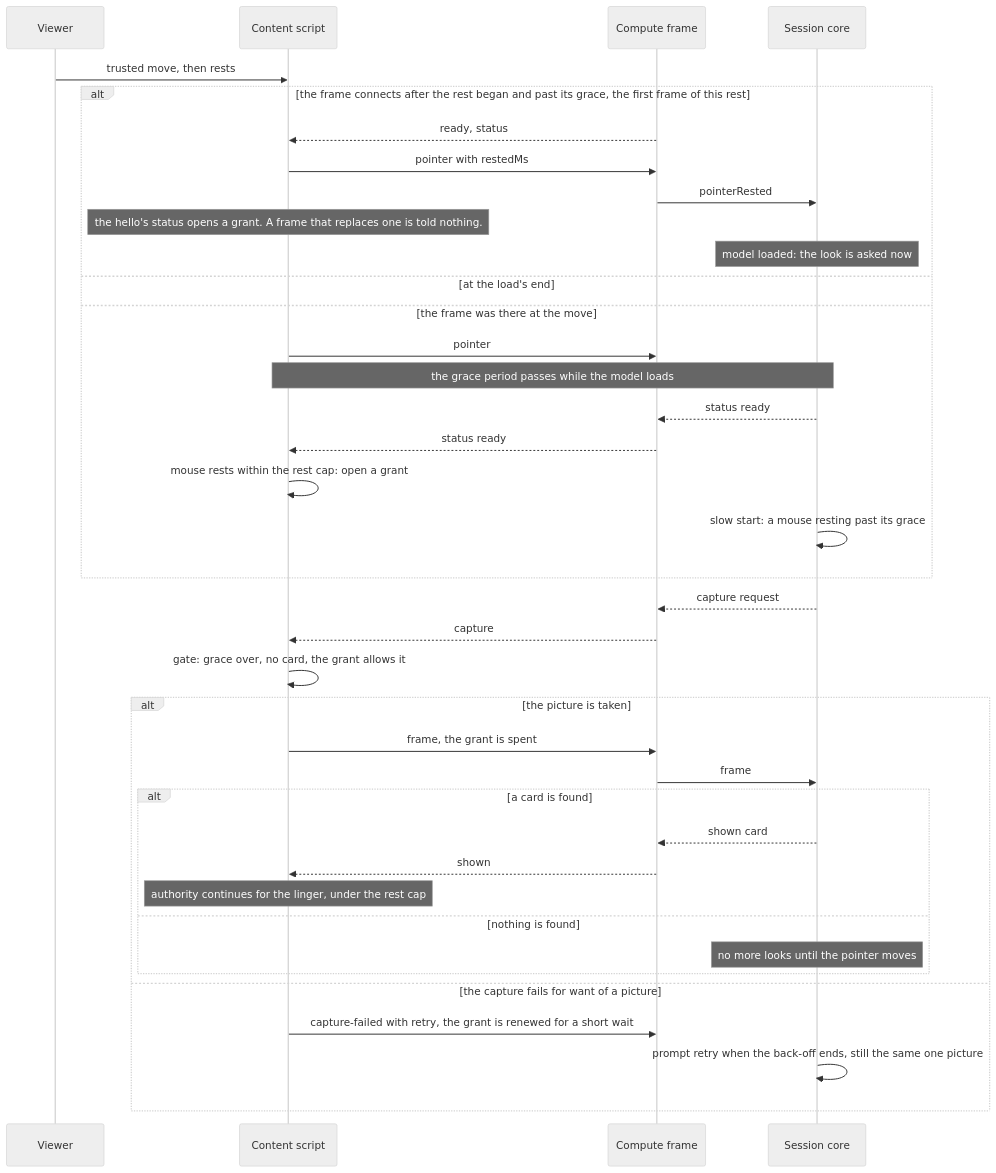
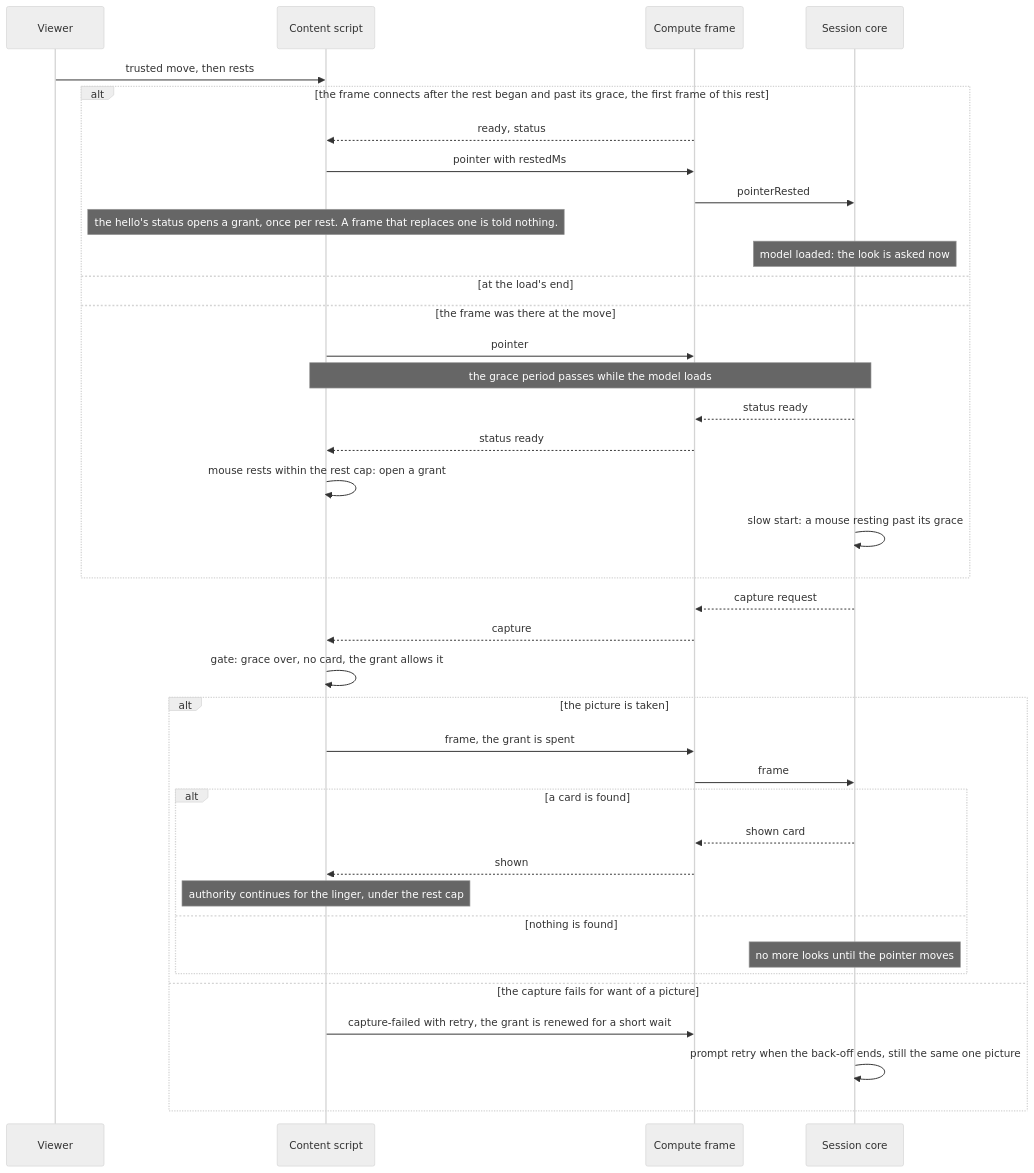
One commit to ryangswe/riftsight-vision changed diagram 12 of 12 in docs/hover-map.md. Above: the diagram before and after it, drawn with Mermaid (neutral theme). The commit also changed other lines of this file and 5 other files, not shown here.

First line of the commit message:
Grant a slow-start picture at most once per rest

````diff
--- a/docs/hover-map.md
+++ b/docs/hover-map.md
@@ -498,40 +498,40 @@
 ```mermaid
 sequenceDiagram
   participant V as Viewer
   participant CC as Content script
   participant CF as Compute frame
   participant SC as Session core
 
   V->>CC: trusted move, then rests
   alt the frame connects after the rest began and past its grace, the first frame of this rest
     CF-->>CC: ready, status
     CC->>CF: pointer with restedMs
     CF->>SC: pointerRested
-    Note over CC: the hello's status opens a grant. A frame that replaces one is told nothing.
+    Note over CC: the hello's status opens a grant, once per rest. A frame that replaces one is told nothing.
     Note over SC: model loaded: the look is asked now; else at the load's end
   else the frame was there at the move
     CC->>CF: pointer
     Note over CC,SC: the grace period passes while the model loads
     SC-->>CF: status ready
     CF-->>CC: status ready
     CC->>CC: mouse rests within the rest cap: open a grant
     SC->>SC: slow start: a mouse resting past its grace
   end
   SC-->>CF: capture request
   CF-->>CC: capture
   CC->>CC: gate: grace over, no card, the grant allows it
   alt the picture is taken
     CC->>CF: frame, the grant is spent
     CF->>SC: frame
     alt a card is found
       SC-->>CF: shown card
       CF-->>CC: shown
       Note over CC: authority continues for the linger, under the rest cap
     else nothing is found
       Note over SC: no more looks until the pointer moves
     end
   else the capture fails for want of a picture
     CC->>CF: capture-failed with retry, the grant is renewed for a short wait
     SC->>SC: prompt retry when the back-off ends, still the same one picture
   end
 ```
````
